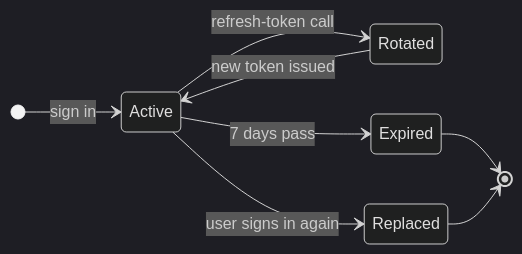
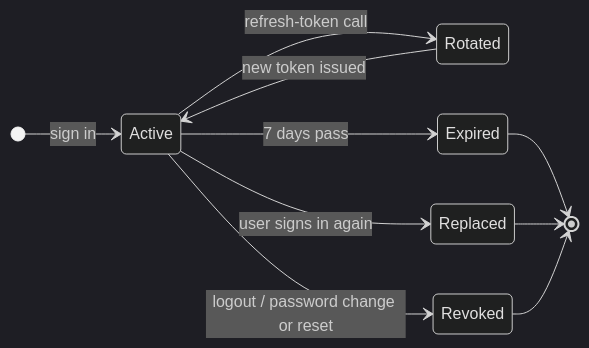
The sixth of 13 diagrams in docs/SHOWCASE.md (fat7i-alghareeb/BackEnd_templete), drawn with Mermaid (dark theme) before and after one commit. The commit also changed other lines of this file and 49 other files, not shown here.

````diff
--- a/docs/SHOWCASE.md
+++ b/docs/SHOWCASE.md
@@ -372,11 +375,13 @@
 ```mermaid
 stateDiagram-v2
     direction LR
     [*] --> Active: sign in
     Active --> Rotated: refresh-token call
     Rotated --> Active: new token issued
     Active --> Expired: 7 days pass
     Active --> Replaced: user signs in again
+    Active --> Revoked: logout / password change or reset
     Expired --> [*]
     Replaced --> [*]
+    Revoked --> [*]
 ```
````
